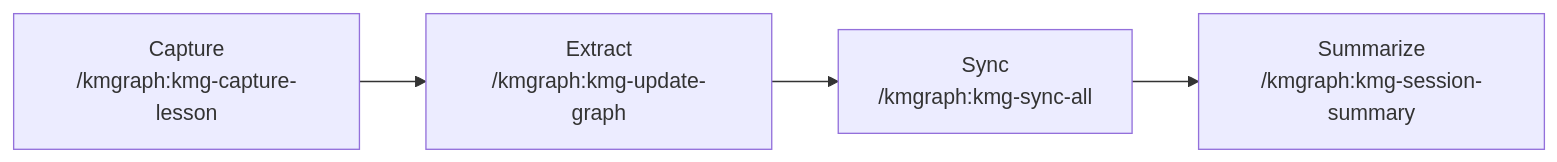
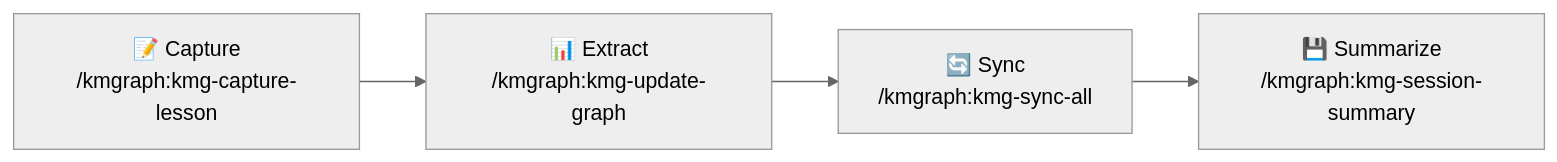
One commit to technomensch/knowledge-graph changed the diagram in docs/quickstart.mdx. Above: the diagram before and after it, drawn with Mermaid. The commit also changed other lines of this file and 4 other files, not shown here.

````diff
--- a/docs/quickstart.mdx
+++ b/docs/quickstart.mdx
@@ -102,6 +130,10 @@
 ```mermaid
+%%{init: { 'flowchart': { 'useMaxWidth': true }, 'theme': 'neutral' }}%%
 graph LR
-    A["Capture\n/kmgraph:kmg-capture-lesson"] --> B["Extract\n/kmgraph:kmg-update-graph"]
-    B --> C["Sync\n/kmgraph:kmg-sync-all"]
-    C --> D["Summarize\n/kmgraph:kmg-session-summary"]
+    A["📝 Capture<br/>/kmgraph:kmg-capture-lesson"] --> B["📊 Extract<br/>/kmgraph:kmg-update-graph"]
+    B --> C["🔄 Sync<br/>/kmgraph:kmg-sync-all"]
+    C --> D["💾 Summarize<br/>/kmgraph:kmg-session-summary"]
+
+    accTitle: Knowledge Capture Pipeline
+    accDescr: Four-step workflow: Capture lessons feeds into Extract patterns, which feeds into Sync across graphs, which feeds into Summarize session.
 ```
````
